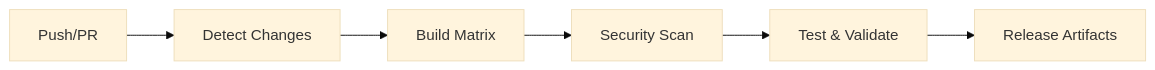
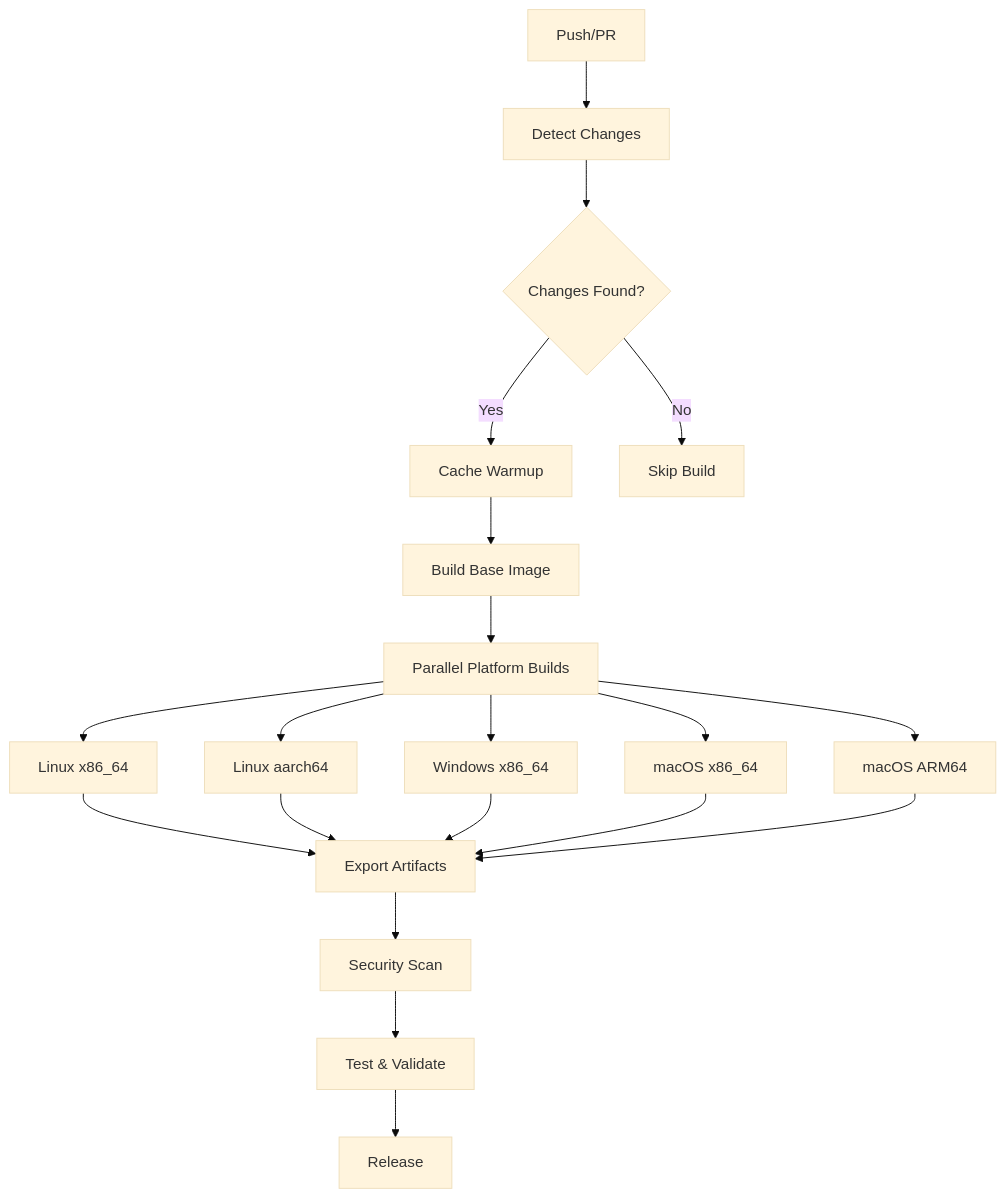
Before and after one commit to NoMercy-Entertainment/nomercy-ffmpeg: the diagram in README.md, drawn with Mermaid (base theme). The commit also changed 1 other file, not shown here.

Commit message:
Refactor error handling setup in Docker build workflow and update workflow diagram for clarity

````diff
--- a/README.md
+++ b/README.md
@@ -42,8 +42,22 @@
 ```mermaid
-graph LR
+graph TD
     A[Push/PR] --> B[Detect Changes]
-    B --> C[Build Matrix]
-    C --> D[Security Scan]
-    D --> E[Test & Validate]
-    E --> F[Release Artifacts]
+    B --> C{Changes Found?}
+    C -->|Yes| D[Cache Warmup]
+    C -->|No| Z[Skip Build]
+    D --> E[Build Base Image]
+    E --> F[Parallel Platform Builds]
+    F --> G[Linux x86_64]
+    F --> H[Linux aarch64]
+    F --> I[Windows x86_64]
+    F --> J[macOS x86_64]
+    F --> K[macOS ARM64]
+    G --> L[Export Artifacts]
+    H --> L
+    I --> L
+    J --> L
+    K --> L
+    L --> M[Security Scan]
+    M --> N[Test & Validate]
+    N --> O[Release]
 ```
````
